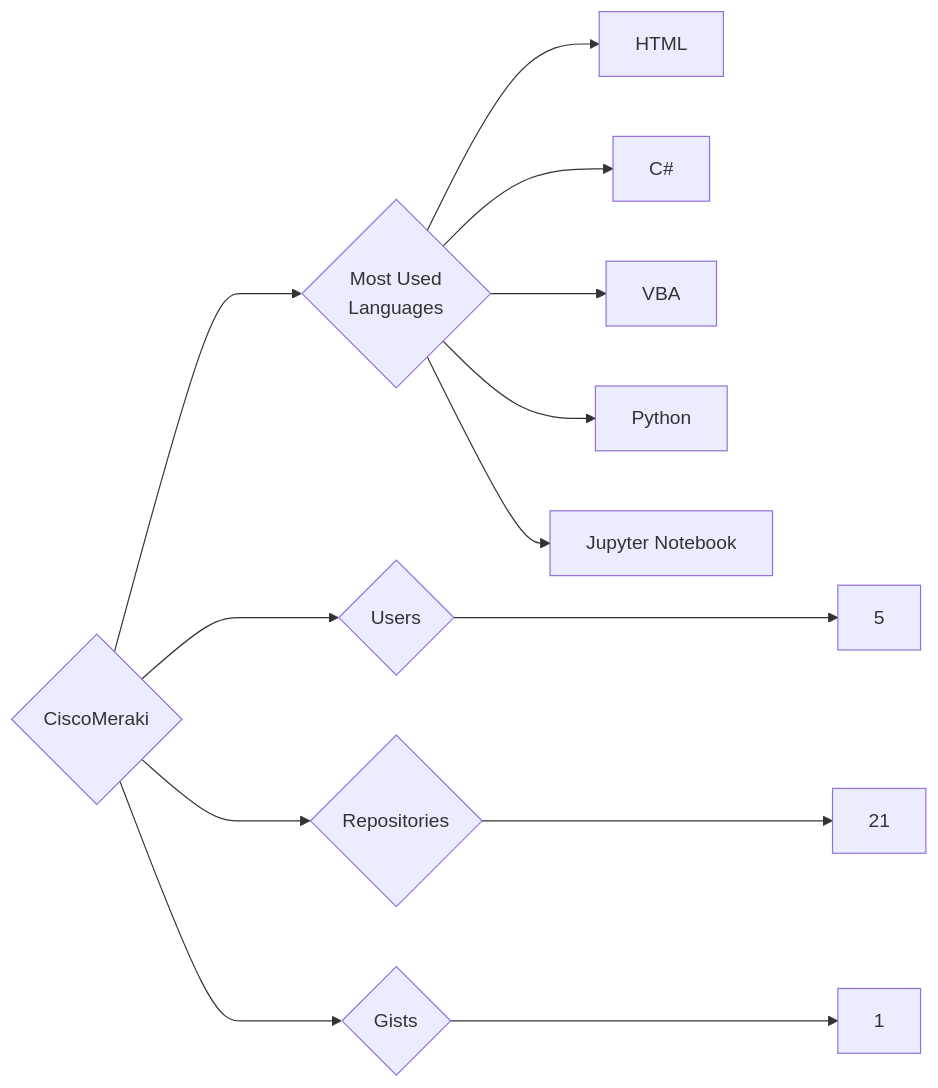
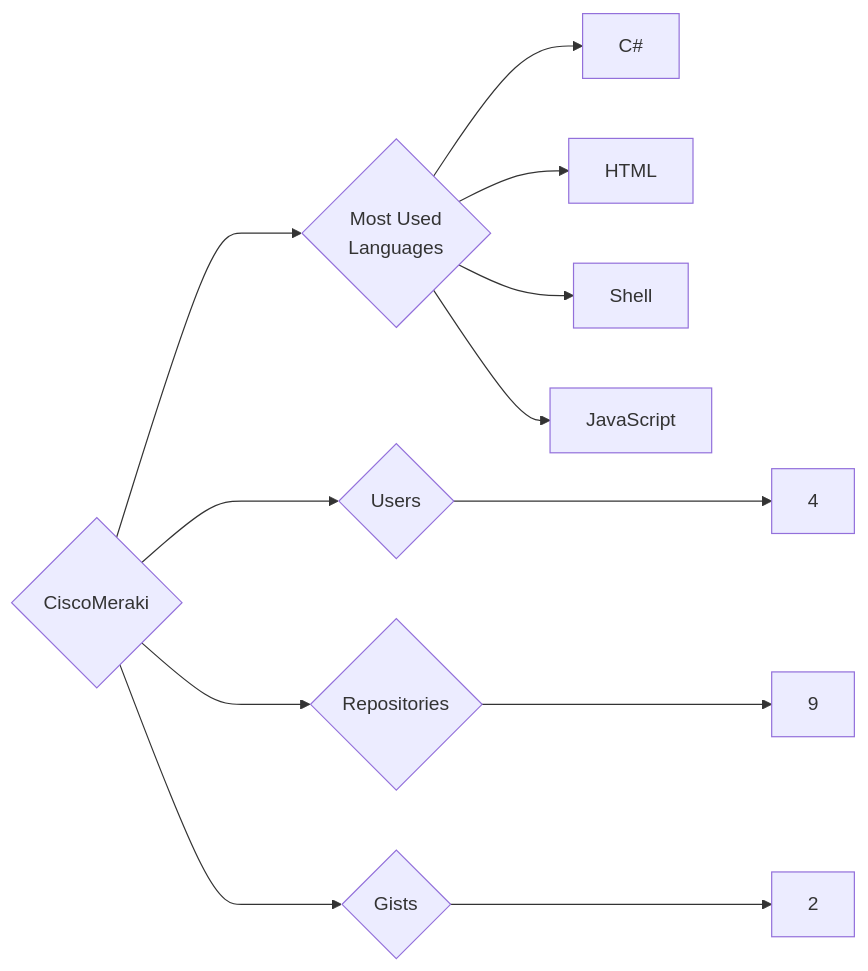
The diagram in targets/CiscoMeraki/README.md (trickest/insiders), drawn with Mermaid before and after one commit. The commit also changed 840 other files, not shown here.

````diff
--- a/targets/CiscoMeraki/README.md
+++ b/targets/CiscoMeraki/README.md
@@ -3,13 +3,12 @@
 ```mermaid
 graph LR
 COMPANY_NAME{CiscoMeraki}
-COMPANY_NAME ---> U{Users} ---> UN[5]
-COMPANY_NAME ---> R{Repositories} ---> RN[21]
-COMPANY_NAME ---> G{Gists} ---> GN[1]
+COMPANY_NAME ---> U{Users} ---> UN[4]
+COMPANY_NAME ---> R{Repositories} ---> RN[9]
+COMPANY_NAME ---> G{Gists} ---> GN[2]
 COMPANY_NAME ---> ML{Most Used<br>Languages}
+ML --> C#[C#]
 ML --> HTML[HTML]
-ML --> C#[C#]
-ML --> VBA[VBA]
-ML --> Python[Python]
-ML --> Jupyter_Notebook[Jupyter Notebook]
+ML --> Shell[Shell]
+ML --> JavaScript[JavaScript]
 ```
````
